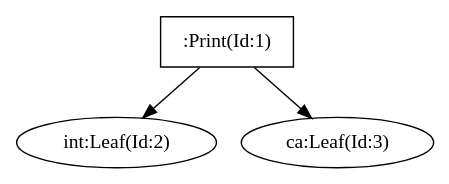
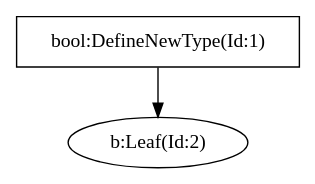
The diagram in Compiler/SyntacticalAnalyzerGenerator/LangFiles/astTree.dot (egoshin-igor/StateMachine), drawn with Graphviz before and after one commit. The commit also changed 19 other files, not shown here.

```diff
--- a/Compiler/SyntacticalAnalyzerGenerator/LangFiles/astTree.dot
+++ b/Compiler/SyntacticalAnalyzerGenerator/LangFiles/astTree.dot
@@ -1,1 +1,1 @@
-digraph G{":Print(Id:1)" [shape = box];":Print(Id:1)"->"int:Leaf(Id:2)";":Print(Id:1)"->"ca:Leaf(Id:3)";}
+digraph G{"bool:DefineNewType(Id:1)" [shape = box];"bool:DefineNewType(Id:1)"->"b:Leaf(Id:2)";}
```
